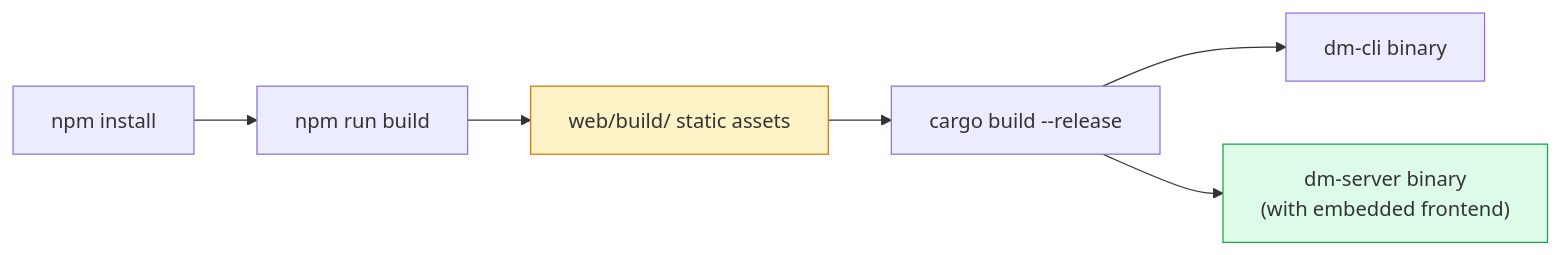
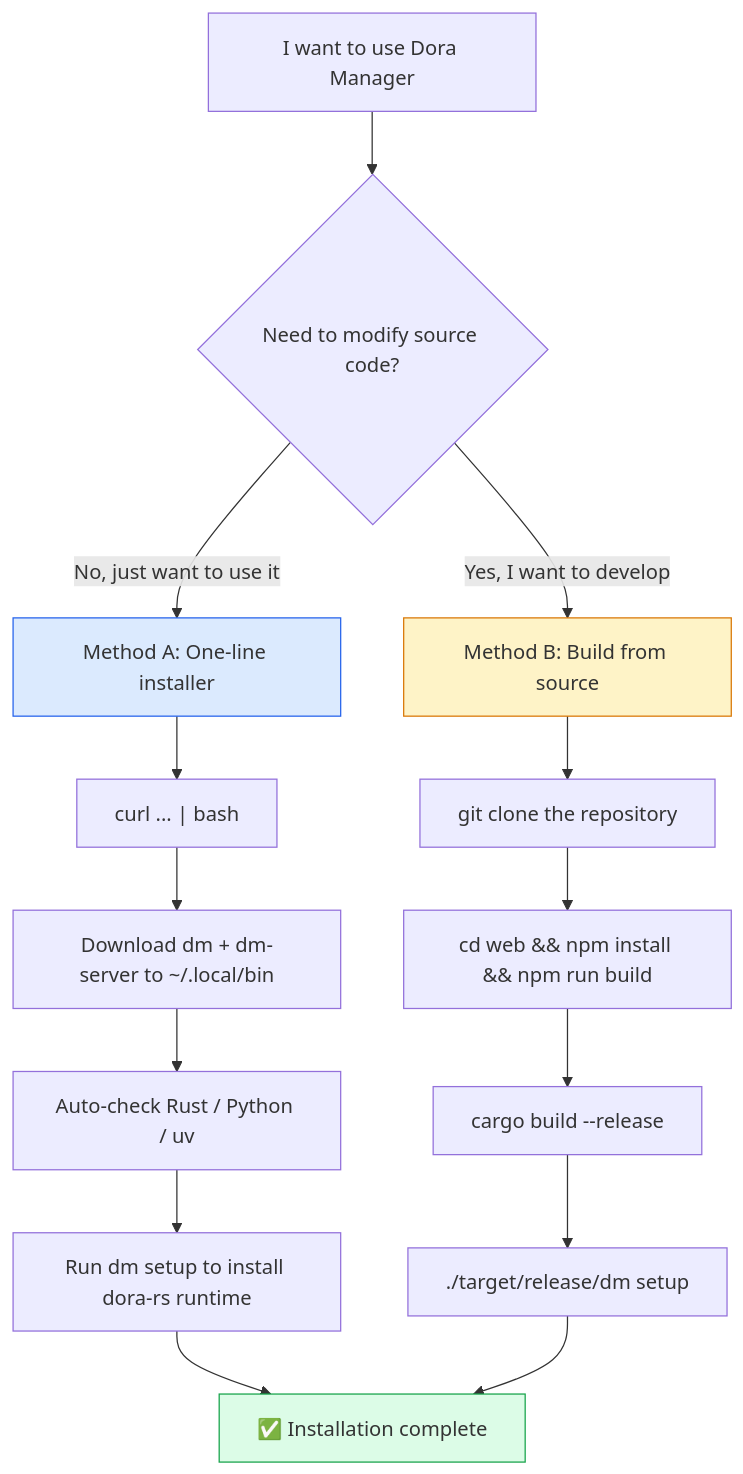
Before and after one commit to l1veIn/dora-manager: the first of 3 diagrams in wiki/zh/en/02-quickstart.md, drawn with Mermaid. The commit also changed other lines of this file and 99 other files, not shown here.

````diff
--- a/wiki/zh/en/02-quickstart.md
+++ b/wiki/zh/en/02-quickstart.md
@@ -25,11 +11,22 @@
 ```mermaid
-flowchart LR
-    A["npm install"] --> B["npm run build"]
-    B --> C["web/build/ static assets"]
-    C --> D["cargo build --release"]
-    D --> E["dm-cli binary"]
-    D --> F["dm-server binary<br/>(with embedded frontend)"]
+flowchart TD
+    Start["I want to use Dora Manager"] --> Q1{"Need to modify source code?"}
+    Q1 -- "No, just want to use it" --> A["Method A: One-line installer"]
+    Q1 -- "Yes, I want to develop" --> B["Method B: Build from source"]
 
-    style C fill:#fef3c7,stroke:#d97706
-    style F fill:#dcfce7,stroke:#16a34a
+    A --> A1["curl ... | bash"]
+    A1 --> A2["Download dm + dm-server to ~/.local/bin"]
+    A2 --> A3["Auto-check Rust / Python / uv"]
+    A3 --> A4["Run dm setup to install dora-rs runtime"]
+    A4 --> Done["✅ Installation complete"]
+
+    B --> B1["git clone the repository"]
+    B1 --> B2["cd web && npm install && npm run build"]
+    B2 --> B3["cargo build --release"]
+    B3 --> B4["./target/release/dm setup"]
+    B4 --> Done
+
+    style A fill:#dbeafe,stroke:#2563eb
+    style B fill:#fef3c7,stroke:#d97706
+    style Done fill:#dcfce7,stroke:#16a34a
 ```
````
